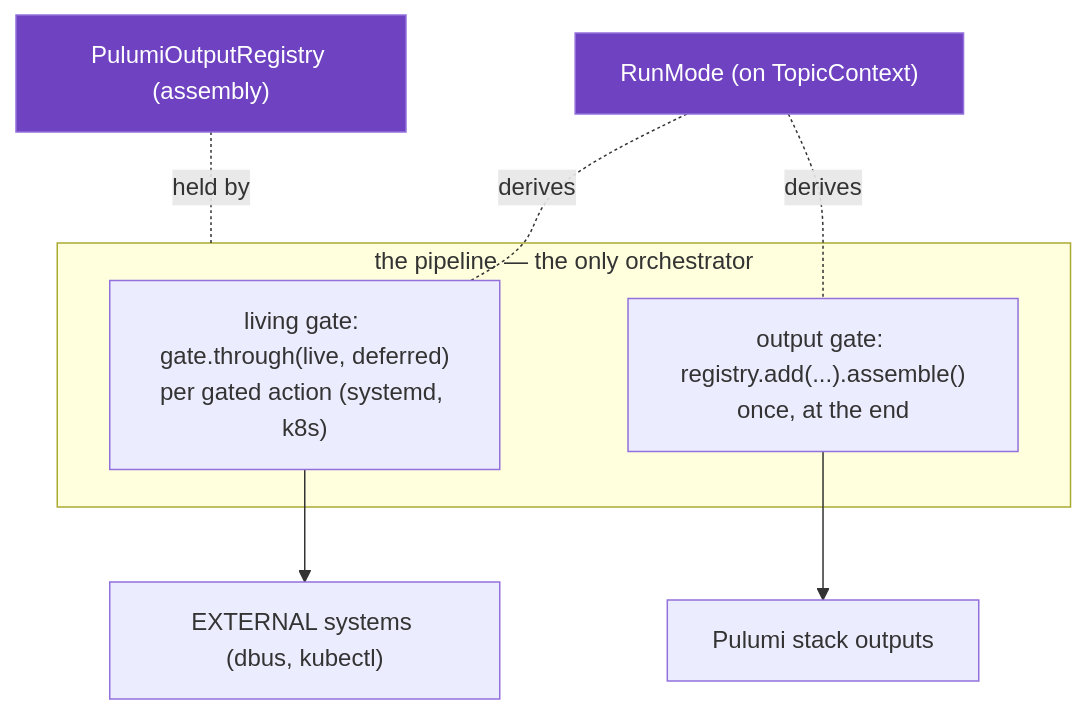
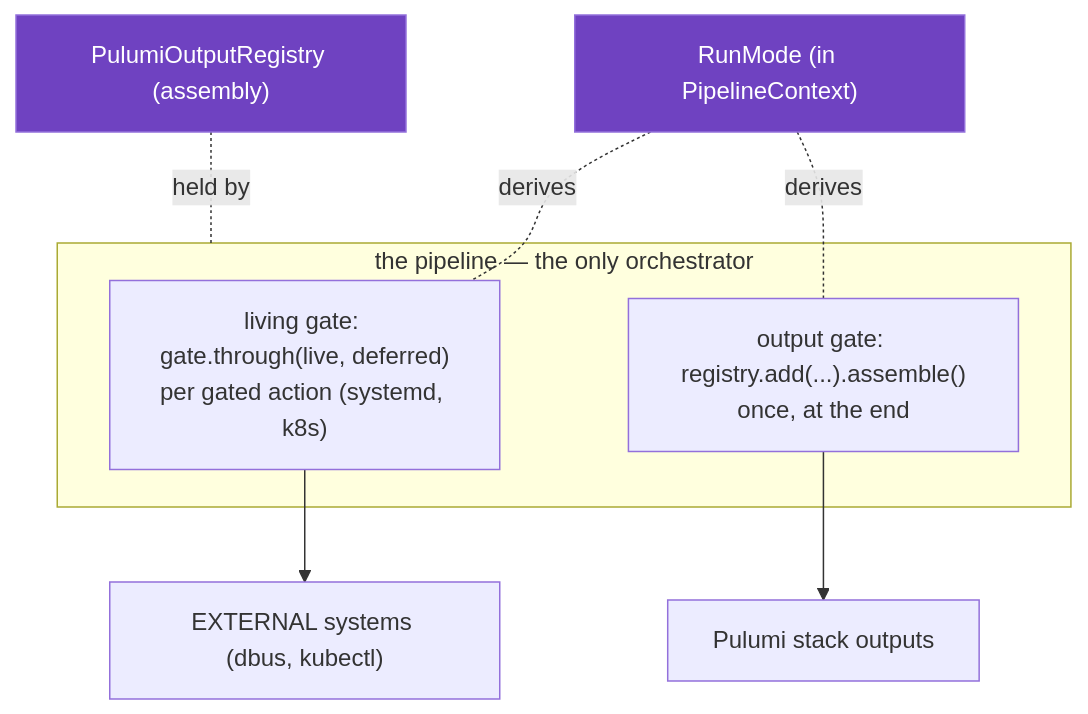
One commit to nxmatic/rke2lab changed the seventh of 7 diagrams in docs/architecture/osgi/pipeline-spec.adoc. Above: the diagram before and after it, drawn with Mermaid. The commit also changed other lines of this file and 5 other files, not shown here.

First line of the commit message:
design(pipeline): converge State<I,O,B> + PipelineContext + sub-pipelines + topic natures

```diff
--- a/docs/architecture/osgi/pipeline-spec.adoc
+++ b/docs/architecture/osgi/pipeline-spec.adoc
@@ -716,14 +723,14 @@
 [mermaid]
 ....
 flowchart TB
   subgraph pipeline [the pipeline — the only orchestrator]
     IN["living gate: gate.through(live, deferred)<br/>per gated action (systemd, k8s)"]
     OUT["output gate: registry.add(...).assemble()<br/>once, at the end"]
   end
   IN --> real["EXTERNAL systems (dbus, kubectl)"]
   OUT --> stack["Pulumi stack outputs"]
-  RM["RunMode (on TopicContext)"]:::mech -.derives.- IN
+  RM["RunMode (in PipelineContext)"]:::mech -.derives.- IN
   RM -.derives.- OUT
   REG["PulumiOutputRegistry (assembly)"]:::mech -.held by.- pipeline
   classDef mech fill:#6f42c1,color:#fff;
 ....
```
